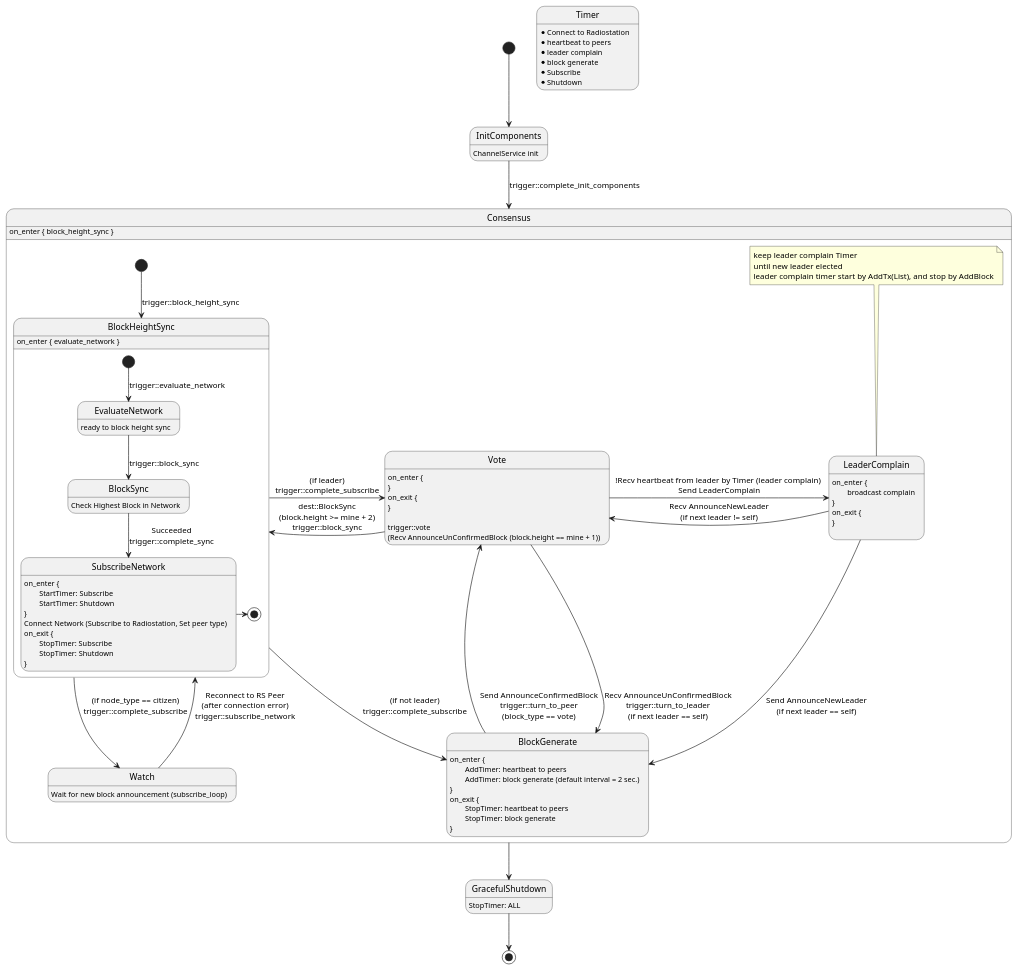
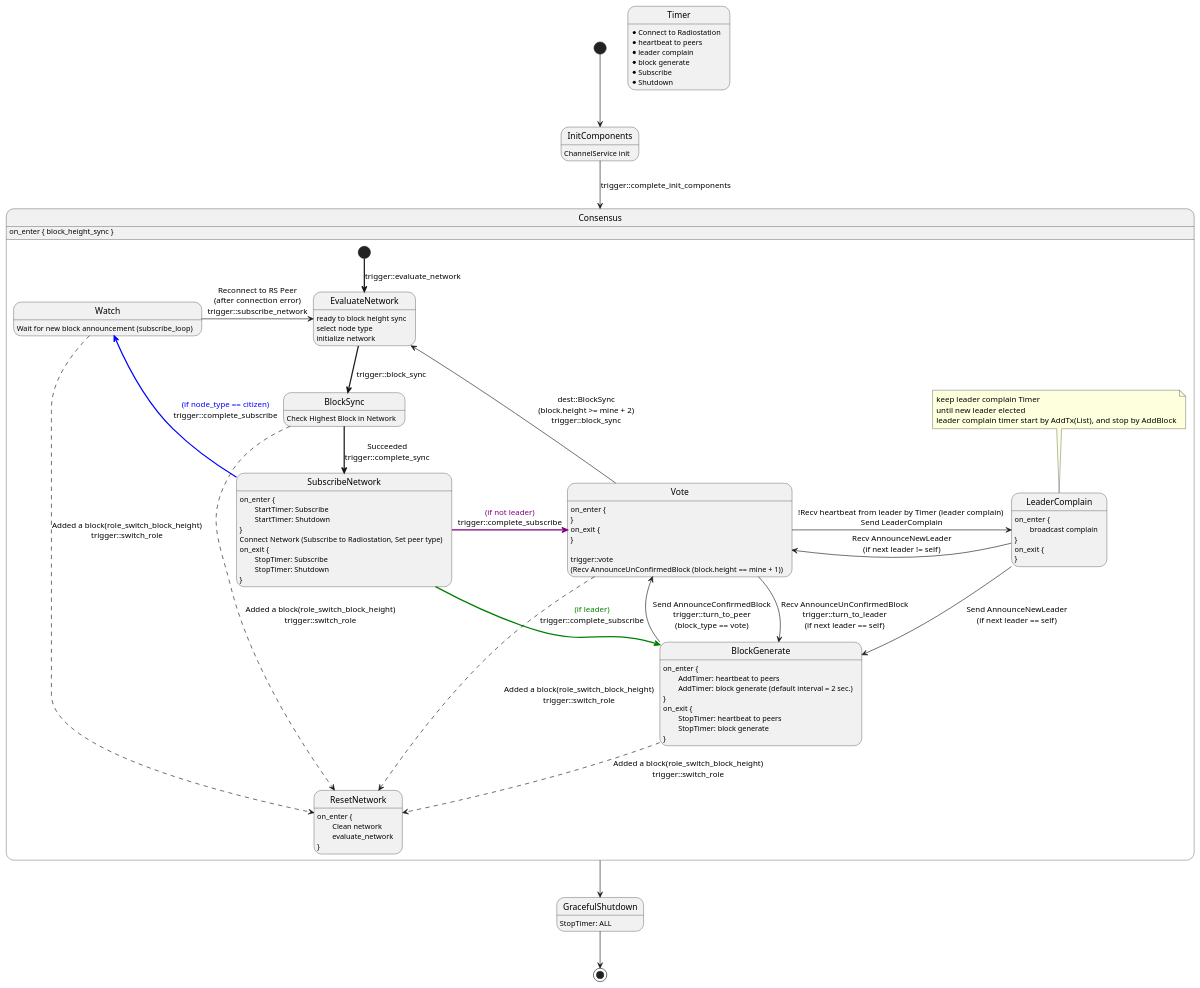
Before and after one commit to icon-project/loopchain: the diagram in docs/8. diagram/state_machine_in_siever.wsd, drawn with PlantUML. The commit also changed 13 other files, not shown here.

Commit message:
[LC-312] Add switching role between P-Rep and Citizen

```diff
--- a/docs/8. diagram/state_machine_in_siever.wsd
+++ b/docs/8. diagram/state_machine_in_siever.wsd
@@ -1,88 +1,129 @@
 @startuml State Machine in Siever
+[*] --> InitComponents
 
-[*] --> InitComponents
-InitComponents: ChannelService init
+state InitComponents {
+    InitComponents: ChannelService init
+}
 
-InitComponents --> Consensus : trigger::complete_init_components
+state Timer {
+    Timer: * Connect to Radiostation
+    Timer: * heartbeat to peers
+    Timer: * leader complain
+    Timer: * block generate
+    Timer: * Subscribe
+    Timer: * Shutdown
+}
 
-state Timer
-Timer: * Connect to Radiostation
-Timer: * heartbeat to peers
-Timer: * leader complain
-Timer: * block generate
-Timer: * Subscribe
-Timer: * Shutdown
+state GracefulShutdown {
+    GracefulShutdown: StopTimer: ALL
+}
 
 state Consensus {
     Consensus: on_enter { block_height_sync }
-    [*] --> BlockHeightSync : trigger::block_height_sync
 
-    state BlockHeightSync {
-        [*] --> EvaluateNetwork : trigger::evaluate_network
+    [*] -[thickness=2]-> EvaluateNetwork : trigger::evaluate_network
 
+    state EvaluateNetwork {
         EvaluateNetwork: ready to block height sync
-        EvaluateNetwork --> BlockSync : \ntrigger::block_sync
-        
+        EvaluateNetwork: select node type
+        EvaluateNetwork: initialize network
+    }
+
+    state BlockSync {
         BlockSync: Check Highest Block in Network
-        BlockSync --> SubscribeNetwork : Succeeded\ntrigger::complete_sync
+    }
 
+    state SubscribeNetwork {
         SubscribeNetwork: on_enter {
         SubscribeNetwork: \tStartTimer: Subscribe
         SubscribeNetwork: \tStartTimer: Shutdown
         SubscribeNetwork:}
         SubscribeNetwork: Connect Network (Subscribe to Radiostation, Set peer type)
         SubscribeNetwork: on_exit {
         SubscribeNetwork: \tStopTimer: Subscribe
         SubscribeNetwork: \tStopTimer: Shutdown
         SubscribeNetwork:}
-        SubscribeNetwork -right-> [*]
     }
-    BlockHeightSync: on_enter { evaluate_network }
-    BlockHeightSync --> BlockGenerate: (if not leader)\ntrigger::complete_subscribe
-    BlockHeightSync -> Vote: (if leader)\ntrigger::complete_subscribe
-    BlockHeightSync -> Watch: (if node_type == citizen)\ntrigger::complete_subscribe
-    
-    Watch: Wait for new block announcement (subscribe_loop)
-    Watch --> BlockHeightSync: Reconnect to RS Peer\n(after connection error)\ntrigger::subscribe_network
-    Vote: on_enter {
-    Vote: }
-    Vote: on_exit {
-    Vote: }
-    Vote: 
-    Vote: trigger::vote\n(Recv AnnounceUnConfirmedBlock (block.height == mine + 1))
-    Vote -left-> BlockHeightSync : dest::BlockSync\n(block.height >= mine + 2)\ntrigger::block_sync
-    Vote -> BlockGenerate : Recv AnnounceUnConfirmedBlock\ntrigger::turn_to_leader\n(if next leader == self)
-    Vote -> LeaderComplain : !Recv heartbeat from leader by Timer (leader complain) \nSend LeaderComplain
 
-    BlockGenerate: on_enter {
-    BlockGenerate: \tAddTimer: heartbeat to peers
-    BlockGenerate: \tAddTimer: block generate (default interval = 2 sec.)
-    BlockGenerate: }
-    BlockGenerate: on_exit {
-    BlockGenerate: \tStopTimer: heartbeat to peers
-    BlockGenerate: \tStopTimer: block generate
-    BlockGenerate: }
-    BlockGenerate -> Vote : Send AnnounceConfirmedBlock\ntrigger::turn_to_peer\n(block_type == vote)
+    state Watch {
+        Watch: Wait for new block announcement (subscribe_loop)
+    }
 
-    state LeaderComplain
+    state Vote {
+        Vote: on_enter {
+        Vote: }
+        Vote: on_exit {
+        Vote: }
+        Vote:
+        Vote: trigger::vote\n(Recv AnnounceUnConfirmedBlock (block.height == mine + 1))
+    }
+
+    state BlockGenerate {
+        BlockGenerate: on_enter {
+        BlockGenerate: \tAddTimer: heartbeat to peers
+        BlockGenerate: \tAddTimer: block generate (default interval = 2 sec.)
+        BlockGenerate: }
+        BlockGenerate: on_exit {
+        BlockGenerate: \tStopTimer: heartbeat to peers
+        BlockGenerate: \tStopTimer: block generate
+        BlockGenerate: }
+    }
+
+    state LeaderComplain {
+        LeaderComplain: on_enter {
+        LeaderComplain: \tbroadcast complain
+        LeaderComplain: }
+        LeaderComplain: on_exit {
+        LeaderComplain: }
+    }
     note top of LeaderComplain
       keep leader complain Timer
       until new leader elected
       leader complain timer start by AddTx(List), and stop by AddBlock
     end note
-    LeaderComplain -> Vote : Recv AnnounceNewLeader\n(if next leader != self)
-    LeaderComplain --> BlockGenerate : Send AnnounceNewLeader\n(if next leader == self)
-    LeaderComplain: on_enter {
-    LeaderComplain: \tbroadcast complain
-    LeaderComplain: }
-    LeaderComplain: on_exit {
-    LeaderComplain: }
-    LeaderComplain: 
+
+    state ResetNetwork {
+        ResetNetwork: on_enter {
+        ResetNetwork: \tClean network
+        ResetNetwork: \tevaluate_network
+        ResetNetwork: }
+    }
 }
 
+'----- Relations
+' Enter Consensus
+InitComponents --> Consensus: trigger::complete_init_components
+
+' In BlockHeightSync
+EvaluateNetwork -[thickness=2]-> BlockSync: \ntrigger::block_sync
+BlockSync -[thickness=2]-> SubscribeNetwork: Succeeded\ntrigger::complete_sync
+SubscribeNetwork -[#green,thickness=2]-> BlockGenerate: <color:green>(if leader)\ntrigger::complete_subscribe
+SubscribeNetwork -left[#blue,thickness=2]-> Watch: <color:blue>(if node_type == citizen)\ntrigger::complete_subscribe
+SubscribeNetwork -right[#purple,thickness=2]-> Vote: <color:purple>(if not leader)\ntrigger::complete_subscribe
+
+' BlockGenerate
+Vote -down-> BlockGenerate : Recv AnnounceUnConfirmedBlock\ntrigger::turn_to_leader\n(if next leader == self)
+BlockGenerate -up-> Vote : Send AnnounceConfirmedBlock\ntrigger::turn_to_peer\n(block_type == vote)
+
+' Watch
+Watch -right-> EvaluateNetwork: Reconnect to RS Peer\n(after connection error)\ntrigger::subscribe_network
+
+' Vote
+Vote -up-> EvaluateNetwork: dest::BlockSync\n(block.height >= mine + 2)\ntrigger::block_sync
+Vote -right-> LeaderComplain : !Recv heartbeat from leader by Timer (leader complain) \nSend LeaderComplain
+LeaderComplain -left-> Vote : Recv AnnounceNewLeader\n(if next leader != self)
+LeaderComplain --> BlockGenerate : Send AnnounceNewLeader\n(if next leader == self)
+
+' Into ResetNetwork
+Watch -[dashed]-> ResetNetwork : Added a block(role_switch_block_height)\ntrigger::switch_role
+Vote -[dashed]-> ResetNetwork : Added a block(role_switch_block_height)\ntrigger::switch_role
+BlockSync -[dashed]-> ResetNetwork : Added a block(role_switch_block_height)\ntrigger::switch_role
+BlockGenerate -[dashed]-> ResetNetwork : Added a block(role_switch_block_height)\ntrigger::switch_role
+
+'ResetNetwork -> EvaluateNetwork
+
+' Exit Consensus
 Consensus --> GracefulShutdown
-
-GracefulShutdown: StopTimer: ALL
 GracefulShutdown --> [*]
 
 @enduml
```
